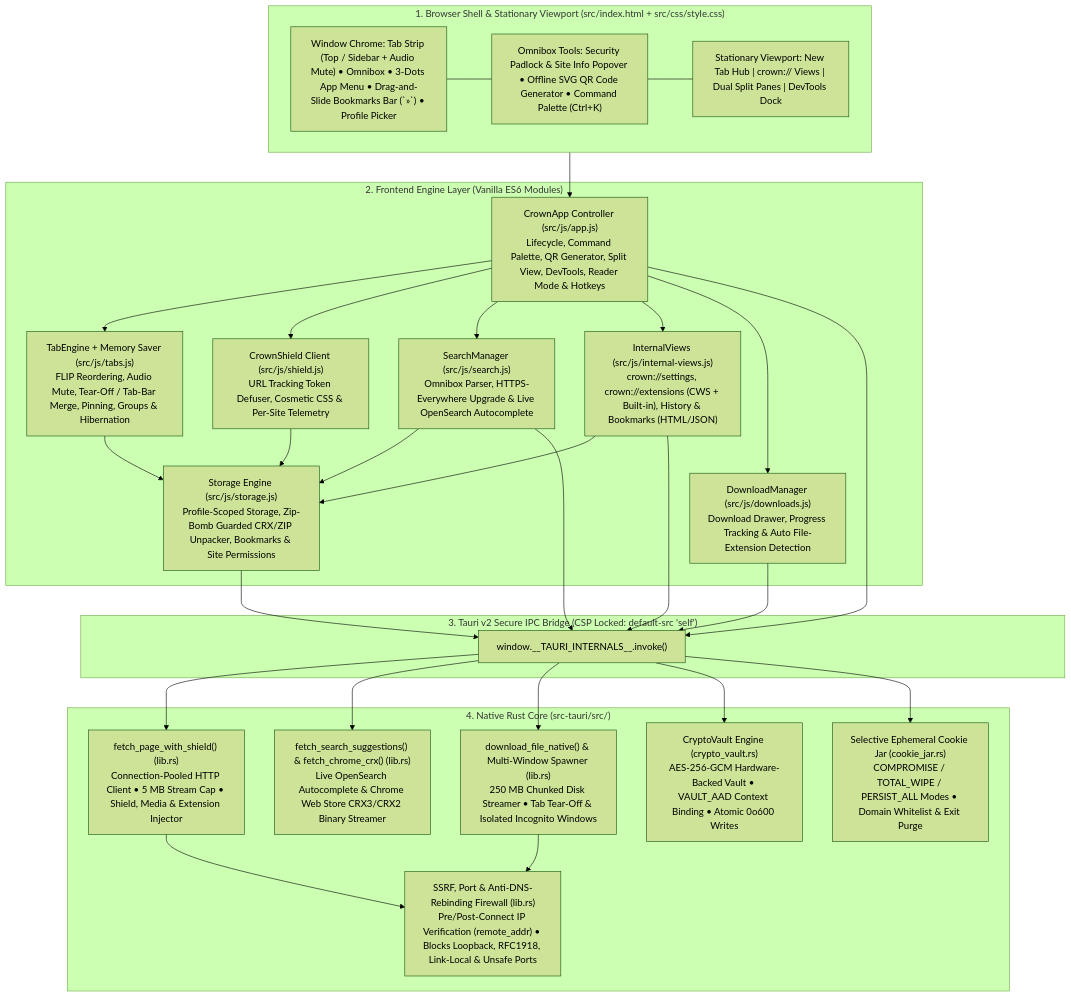
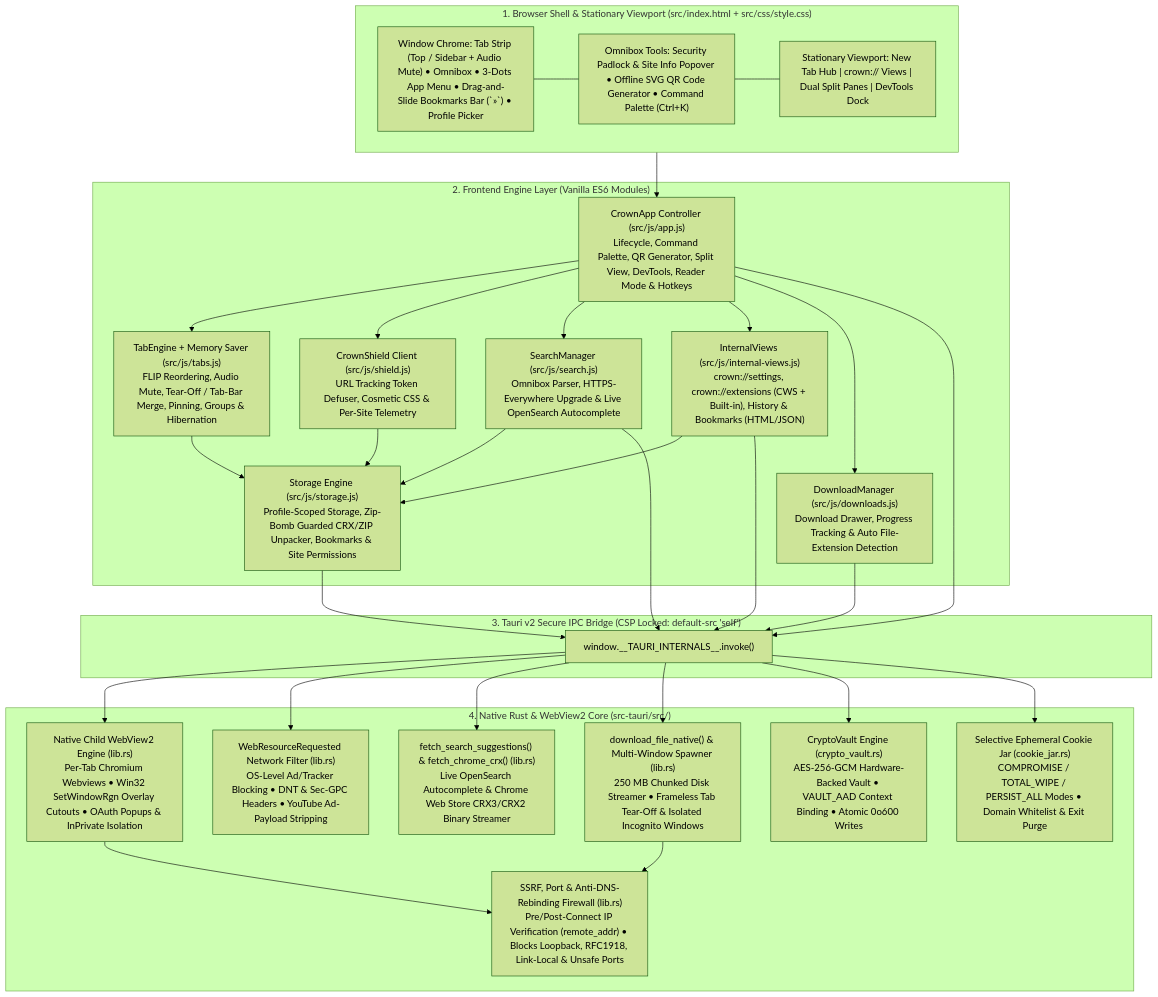
One commit to PI-Prasaad-Krishna/Crown changed the first of 2 diagrams in README.md. Above: the diagram before and after it, drawn with Mermaid (forest theme). The commit also changed other lines of this file and 3 other files, not shown here.

First line of the commit message:
feat(multiwindow): add Incognito/New Window child webview parity, OAuth popups, and updated docs

````diff
--- a/README.md
+++ b/README.md
@@ -17,40 +17,41 @@
 ```mermaid
 flowchart TB
   subgraph UI["1. Browser Shell & Stationary Viewport (src/index.html + src/css/style.css)"]
     direction LR
     UI_Chrome["Window Chrome: Tab Strip (Top / Sidebar + Audio Mute) • Omnibox • 3-Dots App Menu • Drag-and-Slide Bookmarks Bar (`»`) • Profile Picker"]
     UI_Omnibox["Omnibox Tools: Security Padlock & Site Info Popover • Offline SVG QR Code Generator • Command Palette (Ctrl+K)"]
     UI_Viewport["Stationary Viewport: New Tab Hub | crown:// Views | Dual Split Panes | DevTools Dock"]
     UI_Chrome --- UI_Omnibox --- UI_Viewport
   end
 
   subgraph Frontend["2. Frontend Engine Layer (Vanilla ES6 Modules)"]
     App["CrownApp Controller (src/js/app.js)<br/>Lifecycle, Command Palette, QR Generator, Split View, DevTools, Reader Mode & Hotkeys"]
     Tabs["TabEngine + Memory Saver (src/js/tabs.js)<br/>FLIP Reordering, Audio Mute, Tear-Off / Tab-Bar Merge, Pinning, Groups & Hibernation"]
     ShieldJS["CrownShield Client (src/js/shield.js)<br/>URL Tracking Token Defuser, Cosmetic CSS & Per-Site Telemetry"]
     Search["SearchManager (src/js/search.js)<br/>Omnibox Parser, HTTPS-Everywhere Upgrade & Live OpenSearch Autocomplete"]
     Views["InternalViews (src/js/internal-views.js)<br/>crown://settings, crown://extensions (CWS + Built-in), History & Bookmarks (HTML/JSON)"]
     DL["DownloadManager (src/js/downloads.js)<br/>Download Drawer, Progress Tracking & Auto File-Extension Detection"]
     Store["Storage Engine (src/js/storage.js)<br/>Profile-Scoped Storage, Zip-Bomb Guarded CRX/ZIP Unpacker, Bookmarks & Site Permissions"]
   end
 
   subgraph IPC["3. Tauri v2 Secure IPC Bridge (CSP Locked: default-src 'self')"]
     Invoke["window.__TAURI_INTERNALS__.invoke()"]
   end
 
-  subgraph RustCore["4. Native Rust Core (src-tauri/src/)"]
-    ShieldProxy["fetch_page_with_shield() (lib.rs)<br/>Connection-Pooled HTTP Client • 5 MB Stream Cap • Shield, Media & Extension Injector"]
+  subgraph RustCore["4. Native Rust & WebView2 Core (src-tauri/src/)"]
+    ChildWV["Native Child WebView2 Engine (lib.rs)<br/>Per-Tab Chromium Webviews • Win32 SetWindowRgn Overlay Cutouts • OAuth Popups & InPrivate Isolation"]
+    NetShield["WebResourceRequested Network Filter (lib.rs)<br/>OS-Level Ad/Tracker Blocking • DNT & Sec-GPC Headers • YouTube Ad-Payload Stripping"]
     SSRFGuard["SSRF, Port & Anti-DNS-Rebinding Firewall (lib.rs)<br/>Pre/Post-Connect IP Verification (remote_addr) • Blocks Loopback, RFC1918, Link-Local & Unsafe Ports"]
     Vault["CryptoVault Engine (crypto_vault.rs)<br/>AES-256-GCM Hardware-Backed Vault • VAULT_AAD Context Binding • Atomic 0o600 Writes"]
     CookieJar["Selective Ephemeral Cookie Jar (cookie_jar.rs)<br/>COMPROMISE / TOTAL_WIPE / PERSIST_ALL Modes • Domain Whitelist & Exit Purge"]
     SuggestAPI["fetch_search_suggestions() & fetch_chrome_crx() (lib.rs)<br/>Live OpenSearch Autocomplete & Chrome Web Store CRX3/CRX2 Binary Streamer"]
-    NativeDL["download_file_native() & Multi-Window Spawner (lib.rs)<br/>250 MB Chunked Disk Streamer • Tab Tear-Off & Isolated Incognito Windows"]
+    NativeDL["download_file_native() & Multi-Window Spawner (lib.rs)<br/>250 MB Chunked Disk Streamer • Frameless Tab Tear-Off & Isolated Incognito Windows"]
   end
 
   UI_Viewport --> App
   App --> Tabs & ShieldJS & Search & Views & DL
   Tabs & ShieldJS & Search & Views --> Store
   App & Search & Views & DL & Store --> Invoke
-  Invoke --> ShieldProxy & SuggestAPI & NativeDL & Vault & CookieJar
-  ShieldProxy & NativeDL --> SSRFGuard
+  Invoke --> ChildWV & NetShield & SuggestAPI & NativeDL & Vault & CookieJar
+  ChildWV & NativeDL --> SSRFGuard
 ```
````
